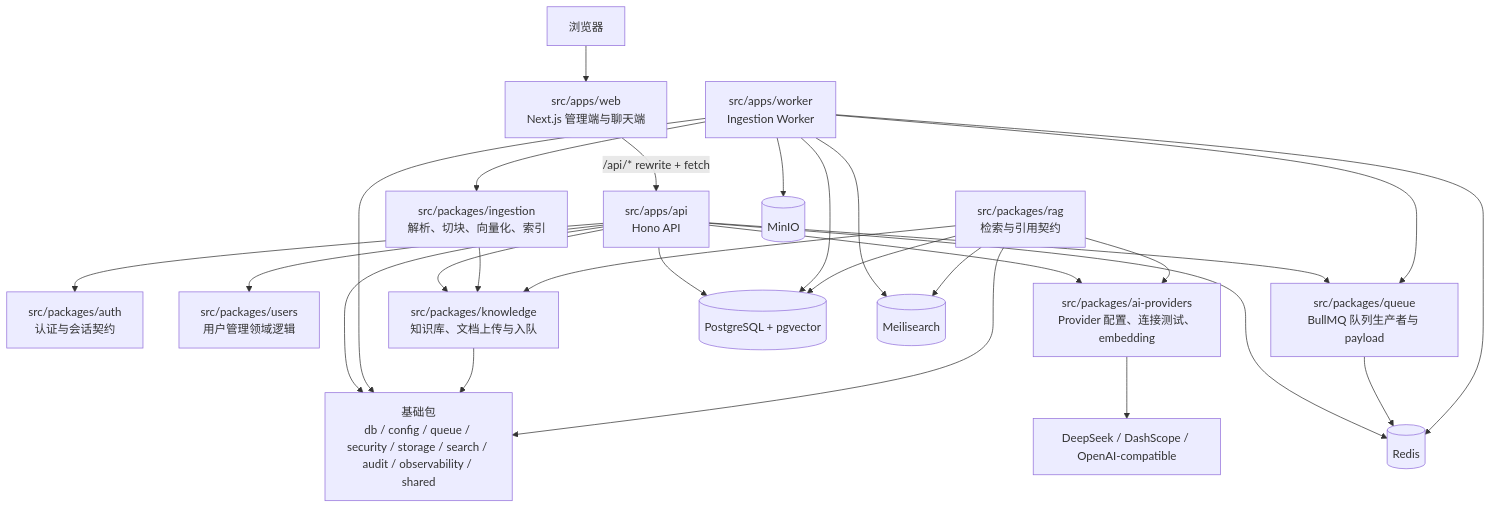
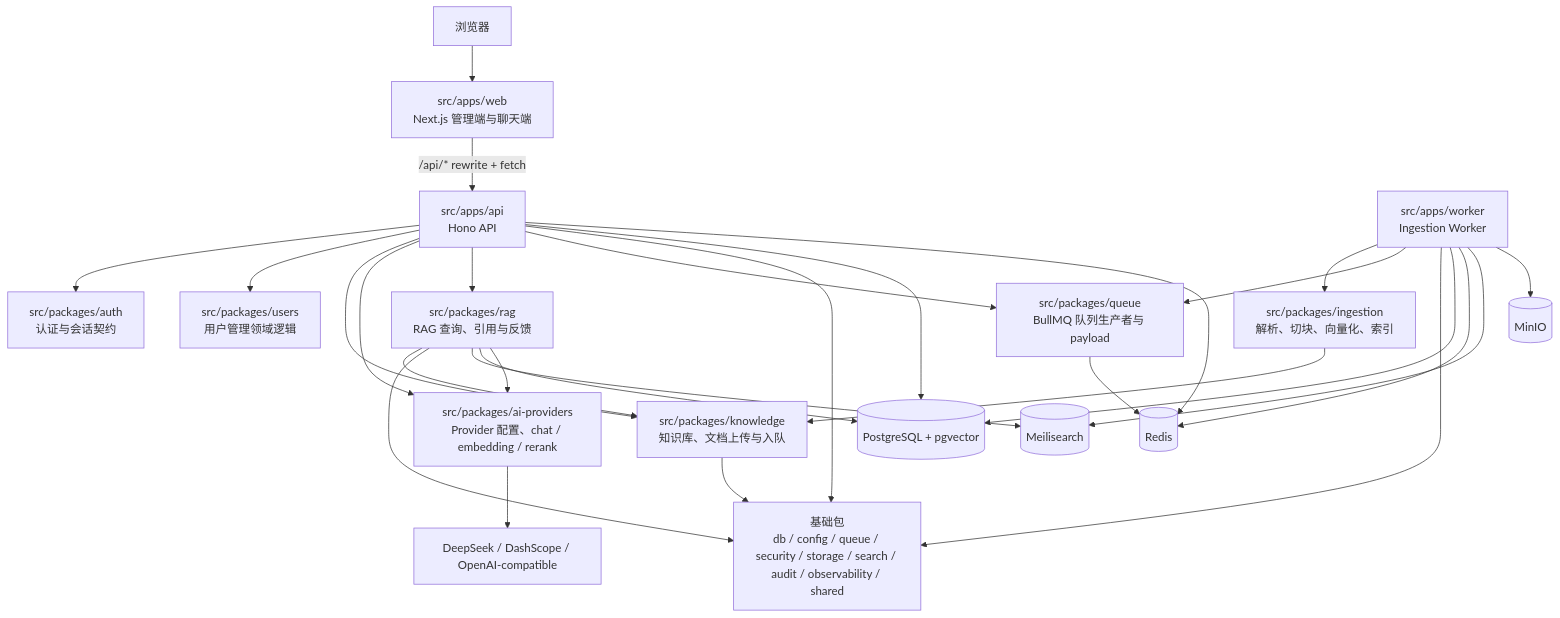
One commit to HashFlowSY/knowledge-base-ai-assistant-design changed the diagram in README.md. Above: the diagram before and after it, drawn with Mermaid. The commit also changed other lines of this file, not shown here.

Commit message:
docs: update rag chat readme

````diff
--- a/README.md
+++ b/README.md
@@ -22,51 +22,52 @@
 ```mermaid
 flowchart TB
   Browser["浏览器"]
   Web["src/apps/web<br/>Next.js 管理端与聊天端"]
   API["src/apps/api<br/>Hono API"]
   Worker["src/apps/worker<br/>Ingestion Worker"]
 
   Auth["src/packages/auth<br/>认证与会话契约"]
   Users["src/packages/users<br/>用户管理领域逻辑"]
   KB["src/packages/knowledge<br/>知识库、文档上传与入队"]
   Ingestion["src/packages/ingestion<br/>解析、切块、向量化、索引"]
-  RAG["src/packages/rag<br/>检索与引用契约"]
-  AI["src/packages/ai-providers<br/>Provider 配置、连接测试、embedding"]
+  RAG["src/packages/rag<br/>RAG 查询、引用与反馈"]
+  AI["src/packages/ai-providers<br/>Provider 配置、chat / embedding / rerank"]
   Queue["src/packages/queue<br/>BullMQ 队列生产者与 payload"]
   Infra["基础包<br/>db / config / queue / security / storage / search / audit / observability / shared"]
 
   Postgres[("PostgreSQL + pgvector")]
   Redis[("Redis")]
   Meili[("Meilisearch")]
   MinIO[("MinIO")]
   Providers["DeepSeek / DashScope / OpenAI-compatible"]
 
   Browser --> Web
   Web -->|/api/* rewrite + fetch| API
   API --> Auth
   API --> Users
   API --> KB
   API --> AI
+  API --> RAG
   API --> Queue
   API --> Infra
   API --> Postgres
   API --> Redis
 
   Queue --> Redis
   Worker --> Ingestion
   Worker --> Queue
   Worker --> Infra
   Worker --> Postgres
   Worker --> Redis
   Worker --> Meili
   Worker --> MinIO
 
   KB --> Infra
   Ingestion --> KB
   RAG --> KB
   RAG --> Infra
   RAG --> Meili
   RAG --> Postgres
   RAG --> AI
   AI --> Providers
 ```
````
